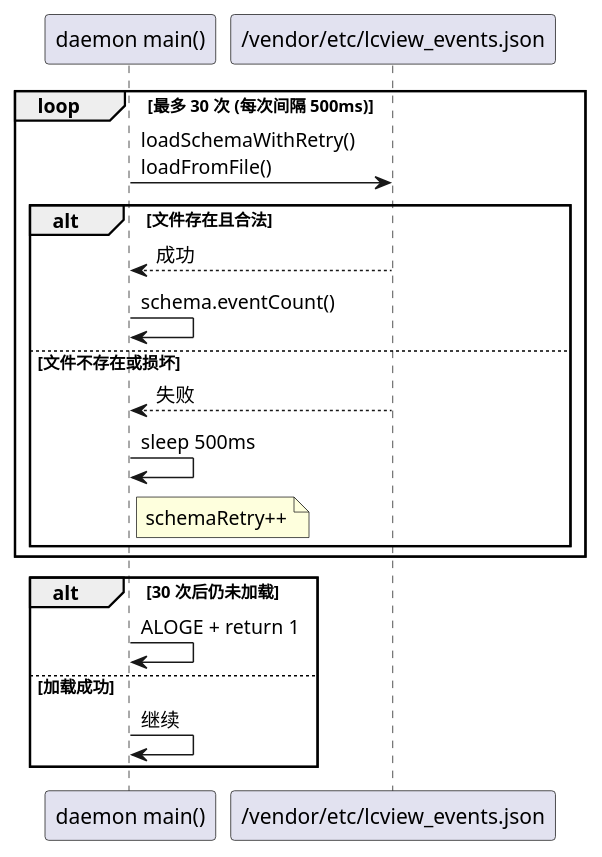
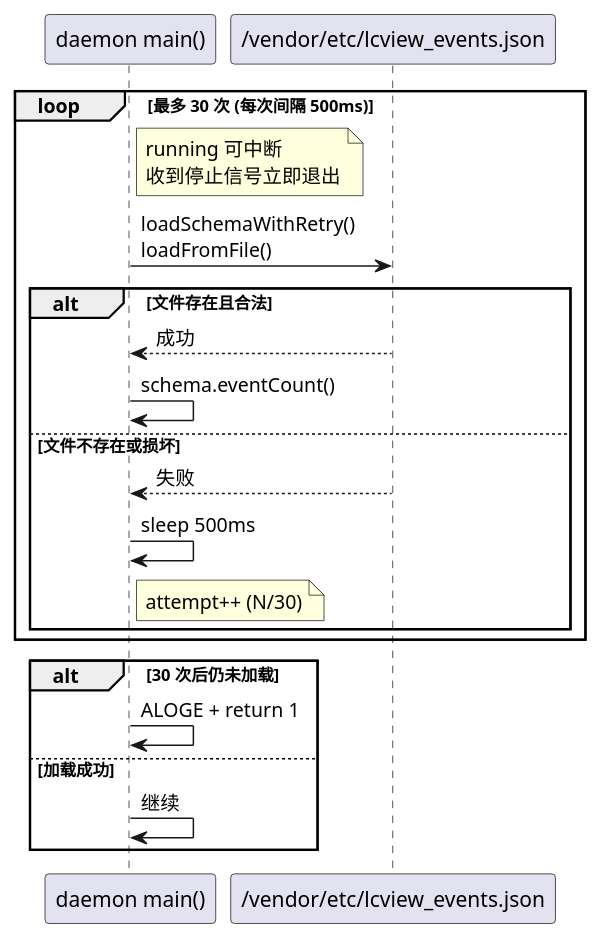
One commit to lechao365/AndroidSystemEnhance changed the second of 13 diagrams in docs/01-打点增强/01.02-Daemon增强-lcview-daemon.md. Above: the diagram before and after it, drawn with PlantUML. The commit also changed other lines of this file and 146 other files, not shown here.

````diff
--- a/docs/01-打点增强/01.02-Daemon增强-lcview-daemon.md
+++ b/docs/01-打点增强/01.02-Daemon增强-lcview-daemon.md
@@ -78,24 +78,25 @@
 ```plantuml
 @startuml
 participant "daemon main()" as MAIN
 participant "/vendor/etc/lcview_events.json" as JSON
 
 loop 最多 30 次 (每次间隔 500ms)
+    note right of MAIN: running 可中断\n收到停止信号立即退出
     MAIN -> JSON : loadSchemaWithRetry()\nloadFromFile()
     alt 文件存在且合法
         JSON --> MAIN : 成功
         MAIN -> MAIN : schema.eventCount()
     else 文件不存在或损坏
         JSON --> MAIN : 失败
         MAIN -> MAIN : sleep 500ms
-        note right of MAIN: schemaRetry++
+        note right of MAIN: attempt++ (N/30)
     end
 end
 
 alt 30 次后仍未加载
     MAIN -> MAIN : ALOGE + return 1
 else 加载成功
     MAIN -> MAIN : 继续
 end
 @enduml
 ```
````
